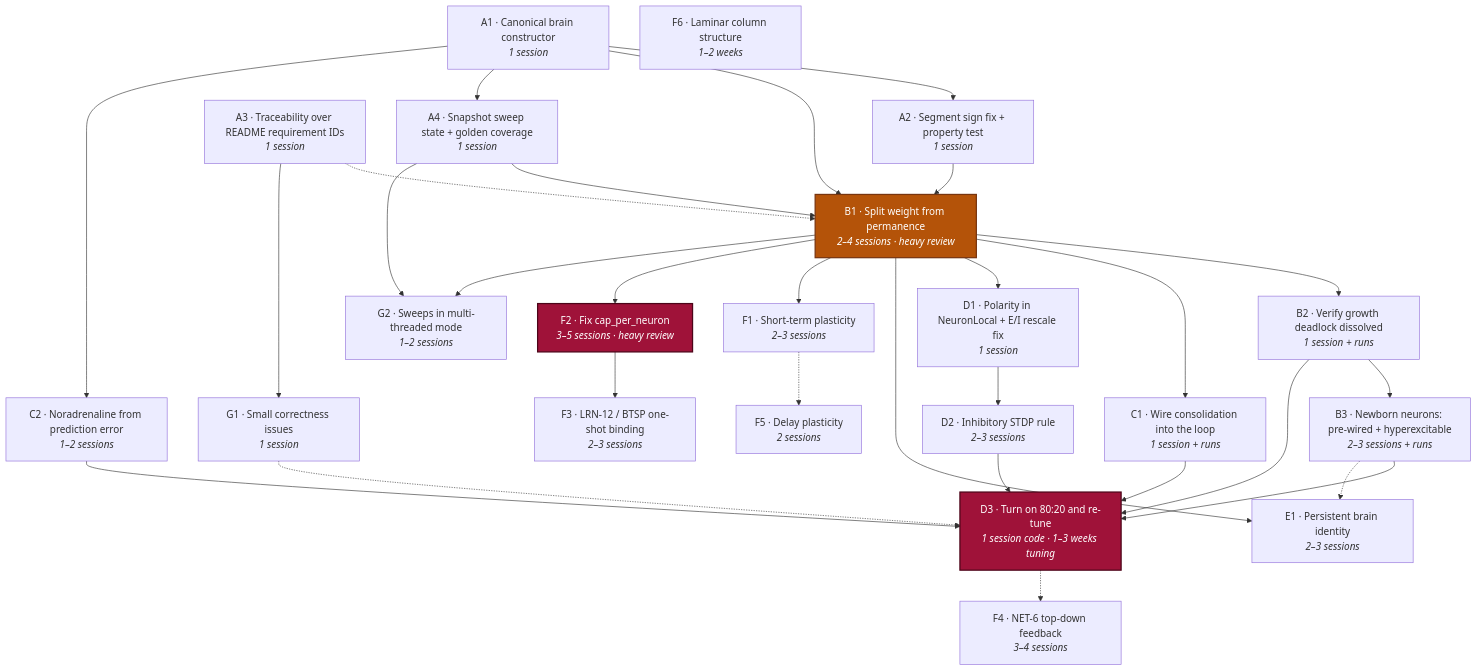
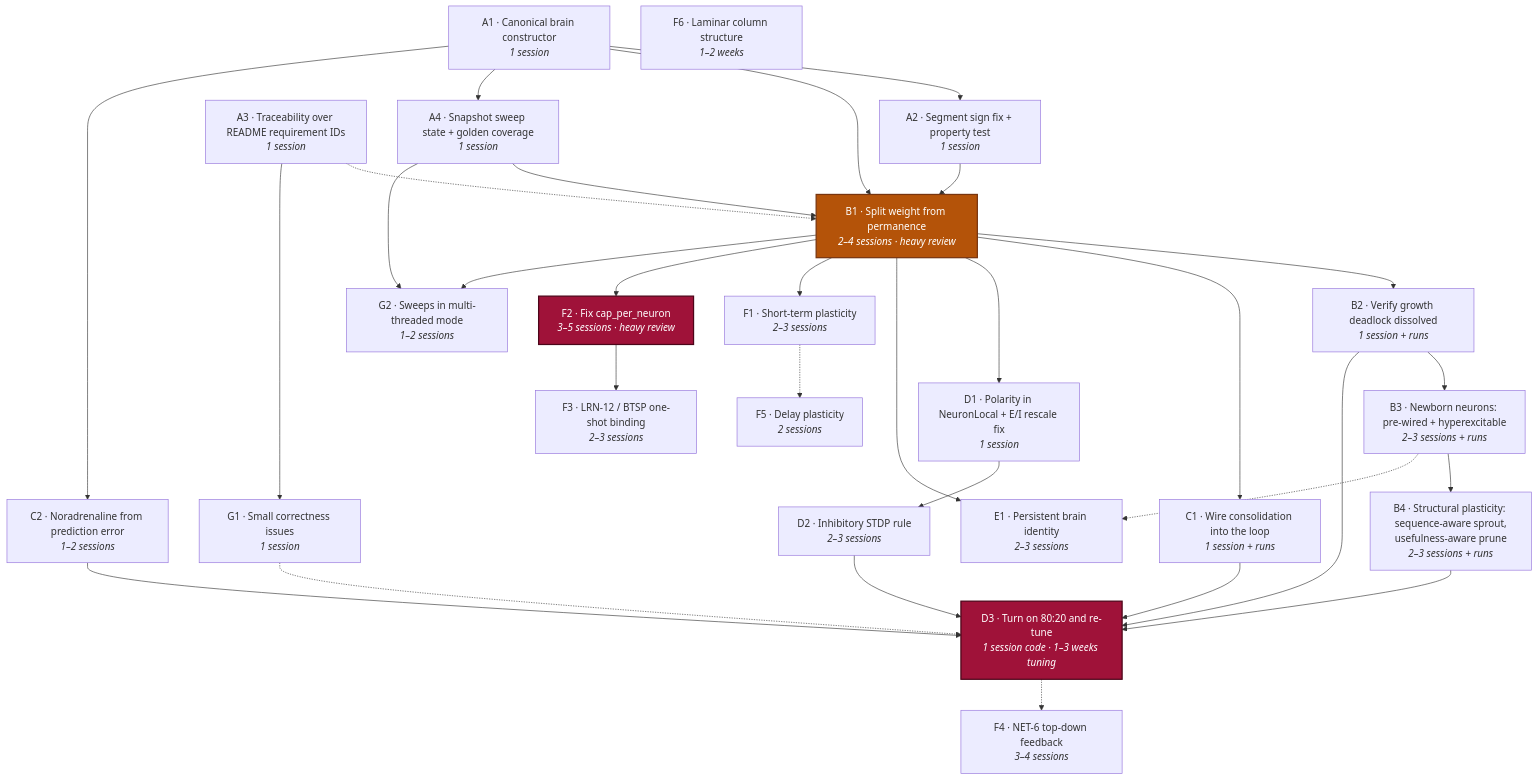
The diagram in PLAN.md (Bituhh/brain), drawn with Mermaid before and after one commit. The commit also changed other lines of this file and 10 other files, not shown here.

````diff
--- a/PLAN.md
+++ b/PLAN.md
@@ -47,64 +47,66 @@
 ```mermaid
 graph TD
     A1["A1 · Canonical brain constructor<br/><i>1 session</i>"]
     A2["A2 · Segment sign fix + property test<br/><i>1 session</i>"]
     A3["A3 · Traceability over README requirement IDs<br/><i>1 session</i>"]
     A4["A4 · Snapshot sweep state + golden coverage<br/><i>1 session</i>"]
 
     B1["B1 · Split weight from permanence<br/><i>2–4 sessions · heavy review</i>"]
     B2["B2 · Verify growth deadlock dissolved<br/><i>1 session + runs</i>"]
     B3["B3 · Newborn neurons: pre-wired + hyperexcitable<br/><i>2–3 sessions + runs</i>"]
+    B4["B4 · Structural plasticity: sequence-aware sprout,<br/>usefulness-aware prune<br/><i>2–3 sessions + runs</i>"]
 
     C1["C1 · Wire consolidation into the loop<br/><i>1 session + runs</i>"]
     C2["C2 · Noradrenaline from prediction error<br/><i>1–2 sessions</i>"]
 
     D1["D1 · Polarity in NeuronLocal + E/I rescale fix<br/><i>1 session</i>"]
     D2["D2 · Inhibitory STDP rule<br/><i>2–3 sessions</i>"]
     D3["D3 · Turn on 80:20 and re-tune<br/><i>1 session code · 1–3 weeks tuning</i>"]
 
     E1["E1 · Persistent brain identity<br/><i>2–3 sessions</i>"]
 
     F1["F1 · Short-term plasticity<br/><i>2–3 sessions</i>"]
     F2["F2 · Fix cap_per_neuron<br/><i>3–5 sessions · heavy review</i>"]
     F3["F3 · LRN-12 / BTSP one-shot binding<br/><i>2–3 sessions</i>"]
     F4["F4 · NET-6 top-down feedback<br/><i>3–4 sessions</i>"]
     F5["F5 · Delay plasticity<br/><i>2 sessions</i>"]
     F6["F6 · Laminar column structure<br/><i>1–2 weeks</i>"]
 
     G1["G1 · Small correctness issues<br/><i>1 session</i>"]
     G2["G2 · Sweeps in multi-threaded mode<br/><i>1–2 sessions</i>"]
 
     A1 --> A2
     A1 --> B1
     A2 --> B1
     A3 -.-> B1
     A1 --> A4
     A4 --> B1
     B1 --> B2
     B2 --> B3
-    B3 --> D3
+    B3 --> B4
+    B4 --> D3
     B3 -.-> E1
     B1 --> C1
     B1 --> D1
     B1 --> E1
     B1 --> F1
     B2 --> D3
     C1 --> D3
     C2 --> D3
     A1 --> C2
     D1 --> D2
     D2 --> D3
     F2 --> F3
     B1 --> F2
     D3 -.-> F4
     F1 -.-> F5
     A3 --> G1
     G1 -.-> D3
     A4 --> G2
     B1 --> G2
 
     classDef gate fill:#b45309,stroke:#78350f,color:#fff,stroke-width:2px
     classDef risk fill:#9f1239,stroke:#4c0519,color:#fff,stroke-width:2px
     class B1 gate
     class D3,F2 risk
 ```
````
